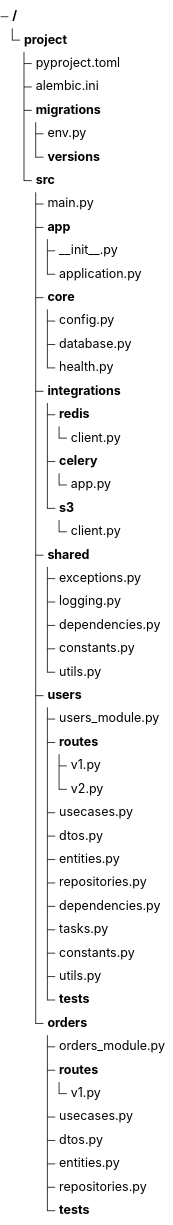
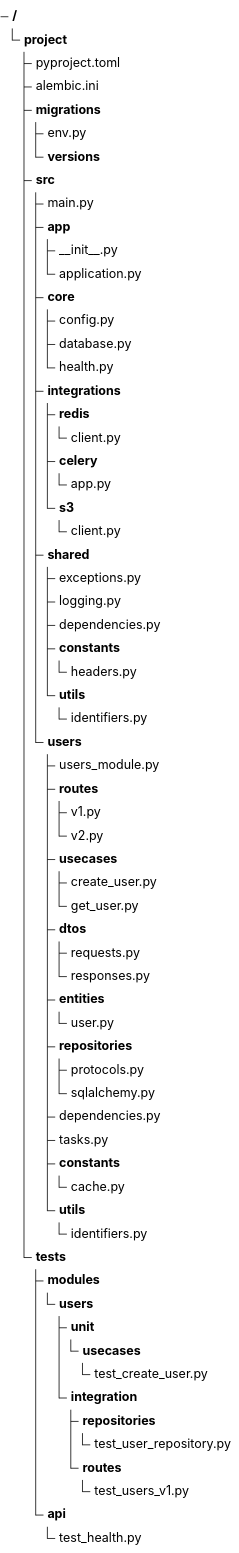
Before and after one commit to fam-tung-lam/ptlam-agent-plugin: the diagram in plugin/skills/ptlam-code-style-python-fastapi/references/file-organization.md, drawn with Mermaid (neutral theme). The commit also changed other lines of this file and 1 other file, not shown here.

Commit message:
refactor(skills): expand FastAPI module packages
Use packages for extensible feature concerns and restore capability-first unit and integration test placement under the repository test root.

````diff
--- a/plugin/skills/ptlam-code-style-python-fastapi/references/file-organization.md
+++ b/plugin/skills/ptlam-code-style-python-fastapi/references/file-organization.md
@@ -16,54 +16,68 @@
 ```mermaid
 treeView-beta
     project/
         pyproject.toml
         alembic.ini
         migrations/
             env.py
             versions/
         src/
             main.py
             app/
                 __init__.py
                 application.py
             core/
                 config.py
                 database.py
                 health.py
             integrations/
                 redis/
                     client.py
                 celery/
                     app.py
                 s3/
                     client.py
             shared/
                 exceptions.py
                 logging.py
                 dependencies.py
-                constants.py
-                utils.py
+                constants/
+                    headers.py
+                utils/
+                    identifiers.py
             users/
                 users_module.py
                 routes/
                     v1.py
                     v2.py
-                usecases.py
-                dtos.py
-                entities.py
-                repositories.py
+                usecases/
+                    create_user.py
+                    get_user.py
+                dtos/
+                    requests.py
+                    responses.py
+                entities/
+                    user.py
+                repositories/
+                    protocols.py
+                    sqlalchemy.py
                 dependencies.py
                 tasks.py
-                constants.py
-                utils.py
-                tests/
-            orders/
-                orders_module.py
-                routes/
-                    v1.py
-                usecases.py
-                dtos.py
-                entities.py
-                repositories.py
-                tests/
+                constants/
+                    cache.py
+                utils/
+                    identifiers.py
+        tests/
+            modules/
+                users/
+                    unit/
+                        usecases/
+                            test_create_user.py
+                    integration/
+                        repositories/
+                            test_user_repository.py
+                        routes/
+                            test_users_v1.py
+            api/
+                test_health.py
 ```
````
